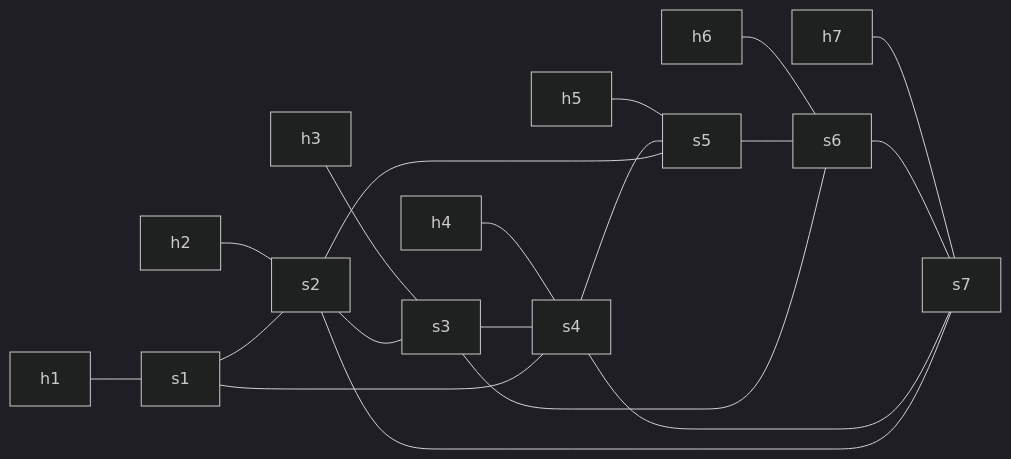
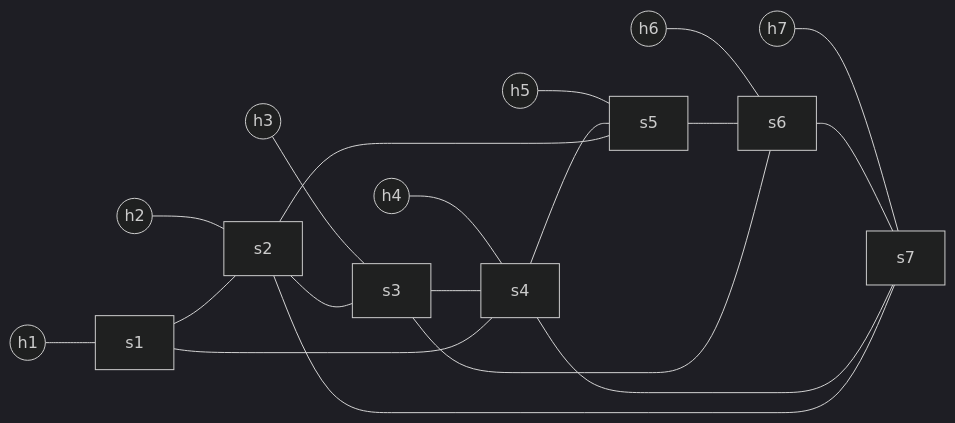
One commit to heshiyuan20/CN changed the first of 2 diagrams in tests/complex_topology_test/README.md. Above: the diagram before and after it, drawn with Mermaid (dark theme). The commit also changed other lines of this file and 1 other file, not shown here.

````diff
--- a/tests/complex_topology_test/README.md
+++ b/tests/complex_topology_test/README.md
@@ -14,22 +16,22 @@
 ```mermaid
 graph LR
-    h1 --- s1
-    h2 --- s2
-    h3 --- s3
-    h4 --- s4
-    h5 --- s5
-    h6 --- s6
-    h7 --- s7
+    h1((h1)) --- s1[s1]
+    h2((h2)) --- s2[s2]
+    h3((h3)) --- s3[s3]
+    h4((h4)) --- s4[s4]
+    h5((h5)) --- s5[s5]
+    h6((h6)) --- s6[s6]
+    h7((h7)) --- s7[s7]
 
     s1 --- s2
     s2 --- s3
     s3 --- s4
     s4 --- s5
     s5 --- s6
     s6 --- s7
     s1 --- s4
     s2 --- s5
     s3 --- s6
     s4 --- s7
     s2 --- s7
 ```
````
